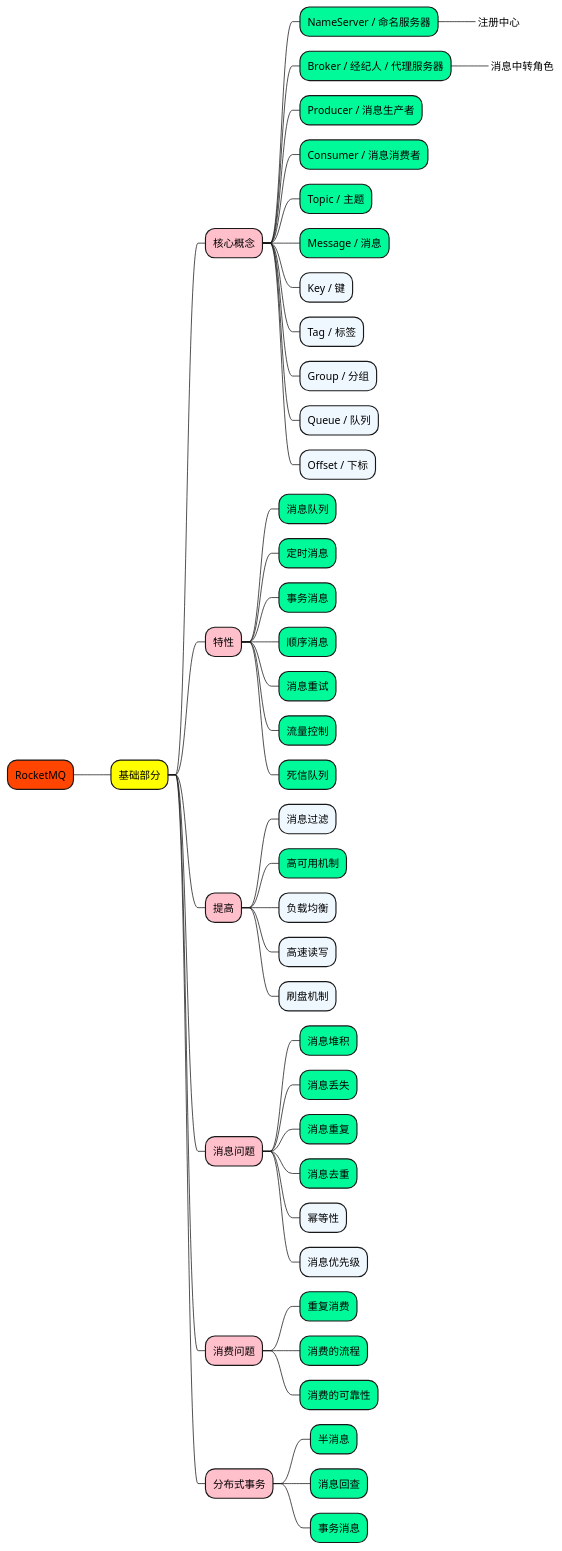
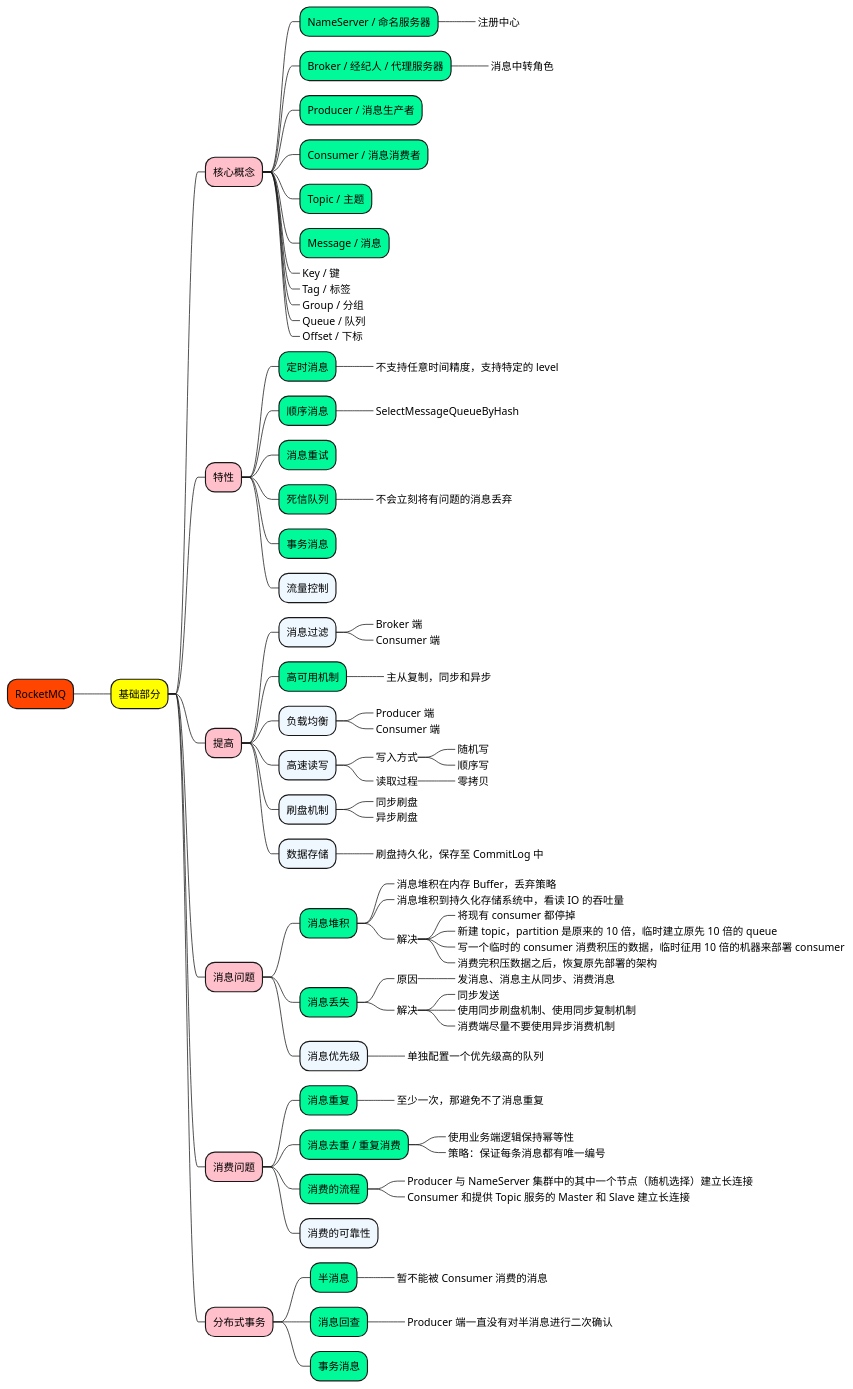
The diagram in 1_map/middleware/RocketMQ.puml (doveg/self-cultivation-of-a-software-engineer), drawn with PlantUML before and after one commit. The commit also changed 7 other files, not shown here.

```diff
--- a/1_map/middleware/RocketMQ.puml
+++ b/1_map/middleware/RocketMQ.puml
@@ -1,60 +1,99 @@
 @startmindmap
 
 +[#OrangeRed] RocketMQ
 
 ++[#yellow] 基础部分
 
 +++[#Pink] 核心概念
 ++++[#MediumSpringGreen] NameServer / 命名服务器
 +++++[#GhostWhite]_ 注册中心
 ++++[#MediumSpringGreen] Broker / 经纪人 / 代理服务器
 +++++[#GhostWhite]_ 消息中转角色
 ++++[#MediumSpringGreen] Producer / 消息生产者
 ++++[#MediumSpringGreen] Consumer / 消息消费者
 ++++[#MediumSpringGreen] Topic / 主题
 ++++[#MediumSpringGreen] Message / 消息
-++++[#AliceBlue] Key / 键
-++++[#AliceBlue] Tag / 标签
-++++[#AliceBlue] Group / 分组
-++++[#AliceBlue] Queue / 队列
-++++[#AliceBlue] Offset / 下标
+++++[#AliceBlue]_ Key / 键
+++++[#AliceBlue]_ Tag / 标签
+++++[#AliceBlue]_ Group / 分组
+++++[#AliceBlue]_ Queue / 队列
+++++[#AliceBlue]_ Offset / 下标
 
 
 +++[#Pink] 特性
-++++[#MediumSpringGreen] 消息队列
 ++++[#MediumSpringGreen] 定时消息
++++++[#GhostWhite]_ 不支持任意时间精度，支持特定的 level
+++++[#MediumSpringGreen] 顺序消息
++++++[#GhostWhite]_ SelectMessageQueueByHash
+++++[#MediumSpringGreen] 消息重试
+++++[#MediumSpringGreen] 死信队列
++++++[#GhostWhite]_ 不会立刻将有问题的消息丢弃
 ++++[#MediumSpringGreen] 事务消息
-++++[#MediumSpringGreen] 顺序消息
-++++[#MediumSpringGreen] 消息重试
-++++[#MediumSpringGreen] 流量控制
-++++[#MediumSpringGreen] 死信队列
+++++[#AliceBlue] 流量控制
+
 
 +++[#Pink] 提高
+
 ++++[#AliceBlue] 消息过滤
++++++[#GhostWhite]_ Broker 端
++++++[#GhostWhite]_ Consumer 端
 ++++[#MediumSpringGreen] 高可用机制
++++++[#GhostWhite]_ 主从复制，同步和异步
 ++++[#AliceBlue] 负载均衡
++++++[#GhostWhite]_ Producer 端
++++++[#GhostWhite]_ Consumer 端
 ++++[#AliceBlue] 高速读写
++++++[#GhostWhite]_ 写入方式
+++++++[#LightBlue]_ 随机写
+++++++[#LightBlue]_ 顺序写
++++++[#GhostWhite]_ 读取过程
+++++++[#LightBlue]_ 零拷贝
 ++++[#AliceBlue] 刷盘机制
++++++[#GhostWhite]_ 同步刷盘
++++++[#GhostWhite]_ 异步刷盘
+++++[#AliceBlue] 数据存储
++++++[#GhostWhite]_ 刷盘持久化，保存至 CommitLog 中
 
 
 +++[#Pink] 消息问题
+
 ++++[#MediumSpringGreen] 消息堆积
++++++[#GhostWhite]_ 消息堆积在内存 Buffer，丢弃策略
++++++[#GhostWhite]_ 消息堆积到持久化存储系统中，看读 IO 的吞吐量
++++++[#GhostWhite]_ 解决
+++++++[#Aquamarine]_ 将现有 consumer 都停掉
+++++++[#Aquamarine]_ 新建 topic，partition 是原来的 10 倍，临时建立原先 10 倍的 queue
+++++++[#Aquamarine]_ 写一个临时的 consumer 消费积压的数据，临时征用 10 倍的机器来部署 consumer
+++++++[#Aquamarine]_ 消费完积压数据之后，恢复原先部署的架构
 ++++[#MediumSpringGreen] 消息丢失
-++++[#MediumSpringGreen] 消息重复
-++++[#MediumSpringGreen] 消息去重
-++++[#AliceBlue] 幂等性
++++++[#GhostWhite]_ 原因
+++++++[#Aquamarine]_ 发消息、消息主从同步、消费消息
++++++[#GhostWhite]_ 解决
+++++++[#Aquamarine]_ 同步发送
+++++++[#Aquamarine]_ 使用同步刷盘机制、使用同步复制机制
+++++++[#Aquamarine]_ 消费端尽量不要使用异步消费机制
 ++++[#AliceBlue] 消息优先级
-
++++++[#GhostWhite]_ 单独配置一个优先级高的队列
 
 +++[#Pink] 消费问题
-++++[#MediumSpringGreen] 重复消费
+
+++++[#MediumSpringGreen] 消息重复
++++++[#GhostWhite]_ 至少一次，那避免不了消息重复
+++++[#MediumSpringGreen] 消息去重 / 重复消费
++++++[#GhostWhite]_ 使用业务端逻辑保持幂等性
++++++[#GhostWhite]_ 策略：保证每条消息都有唯一编号
 ++++[#MediumSpringGreen] 消费的流程
-++++[#MediumSpringGreen] 消费的可靠性
++++++[#GhostWhite]_ Producer 与 NameServer 集群中的其中一个节点（随机选择）建立长连接
++++++[#GhostWhite]_ Consumer 和提供 Topic 服务的 Master 和 Slave 建立长连接
+++++[#AliceBlue] 消费的可靠性
 
 +++[#Pink] 分布式事务
+
 ++++[#MediumSpringGreen] 半消息
++++++[#GhostWhite]_ 暂不能被 Consumer 消费的消息
 ++++[#MediumSpringGreen] 消息回查
++++++[#GhostWhite]_ Producer 端一直没有对半消息进行二次确认
 ++++[#MediumSpringGreen] 事务消息
 
 
 @endmindmap
```
